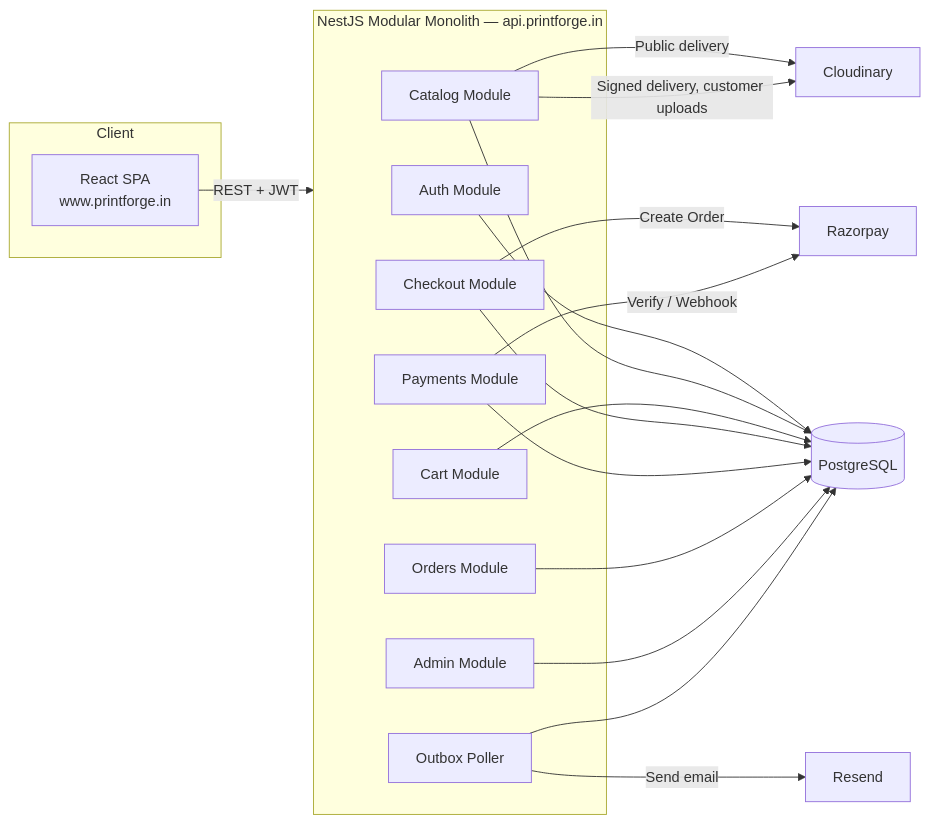
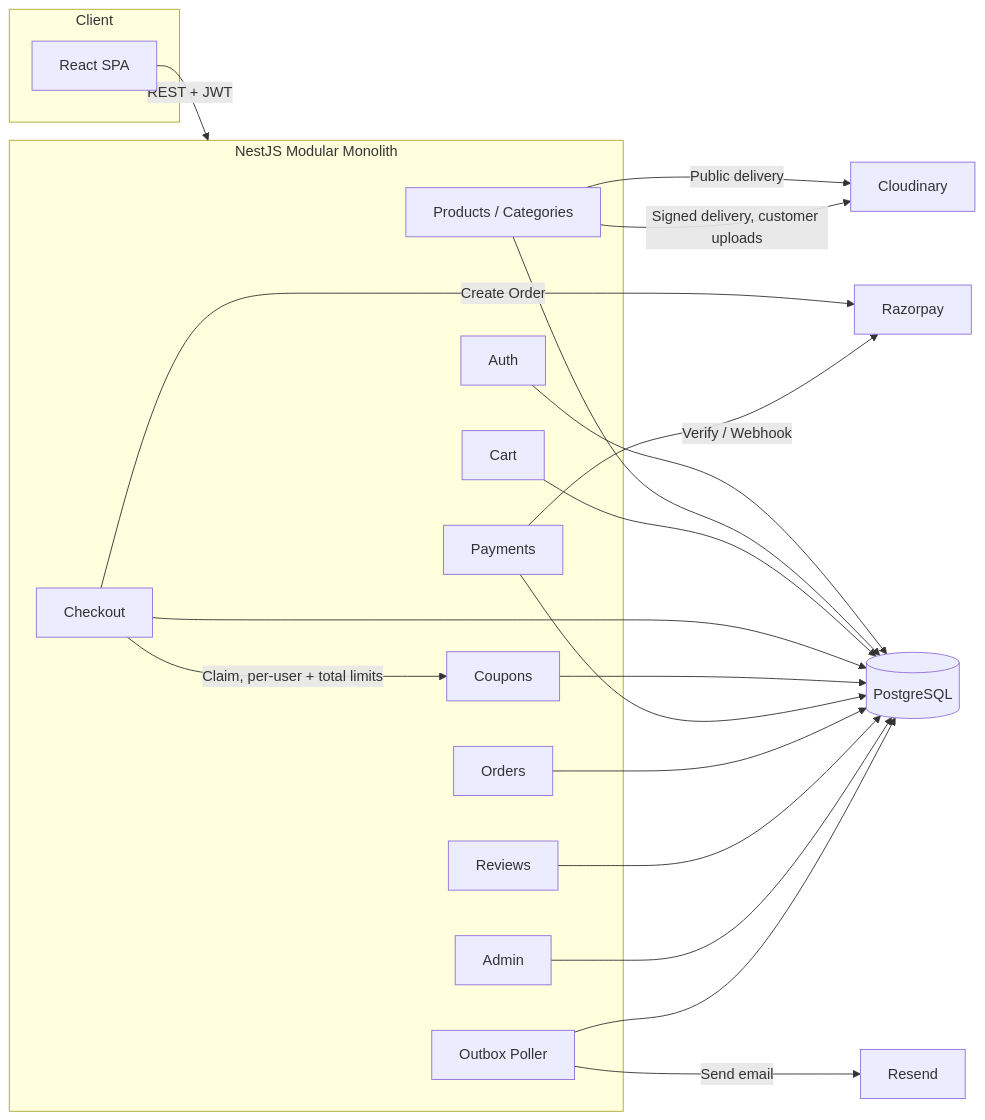
One commit to AtharvaVavhal/PrintForge changed the first of 2 diagrams in Readme.md. Above: the diagram before and after it, drawn with Mermaid. The commit also changed other lines of this file, not shown here.

````diff
--- a/Readme.md
+++ b/Readme.md
@@ -93,35 +100,39 @@
 ```mermaid
 flowchart LR
     subgraph Client
-        Web["React SPA<br/>www.printforge.in"]
+        Web["React SPA"]
     end
-    subgraph Backend["NestJS Modular Monolith — api.printforge.in"]
-        Auth[Auth Module]
-        Catalog[Catalog Module]
-        Cart[Cart Module]
-        Checkout[Checkout Module]
-        Payments[Payments Module]
-        Orders[Orders Module]
-        Admin[Admin Module]
+    subgraph Backend["NestJS Modular Monolith"]
+        Auth[Auth]
+        Catalog[Products / Categories]
+        Cart[Cart]
+        Checkout[Checkout]
+        Coupons[Coupons]
+        Payments[Payments]
+        Orders[Orders]
+        Reviews[Reviews]
+        Admin[Admin]
         Outbox[Outbox Poller]
     end
     DB[(PostgreSQL)]
     RZP[Razorpay]
     CLD[Cloudinary]
     RSD[Resend]
-
     Web -->|REST + JWT| Backend
     Auth --> DB
     Catalog --> DB
     Cart --> DB
     Checkout --> DB
+    Coupons --> DB
     Payments --> DB
     Orders --> DB
+    Reviews --> DB
     Admin --> DB
     Outbox --> DB
     Checkout -->|Create Order| RZP
+    Checkout -->|Claim, per-user + total limits| Coupons
     Payments -->|Verify / Webhook| RZP
     Catalog -->|Public delivery| CLD
     Catalog -->|Signed delivery, customer uploads| CLD
     Outbox -->|Send email| RSD
 ```
````
